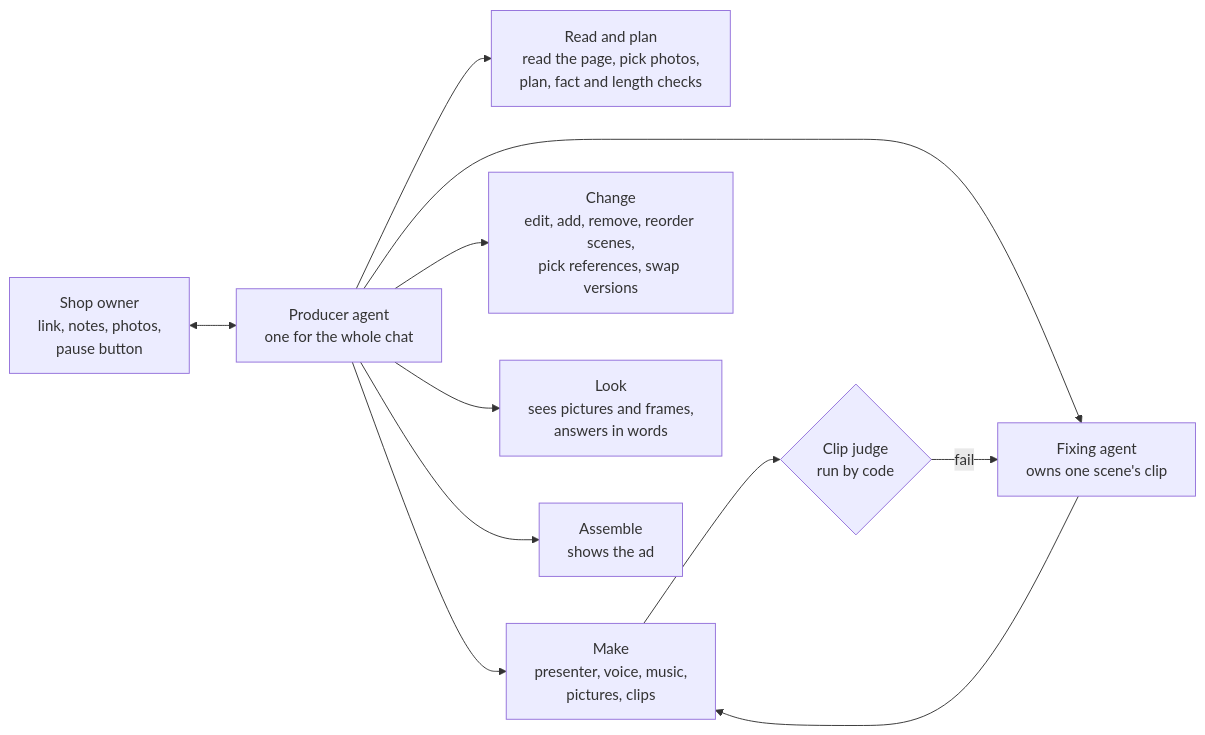
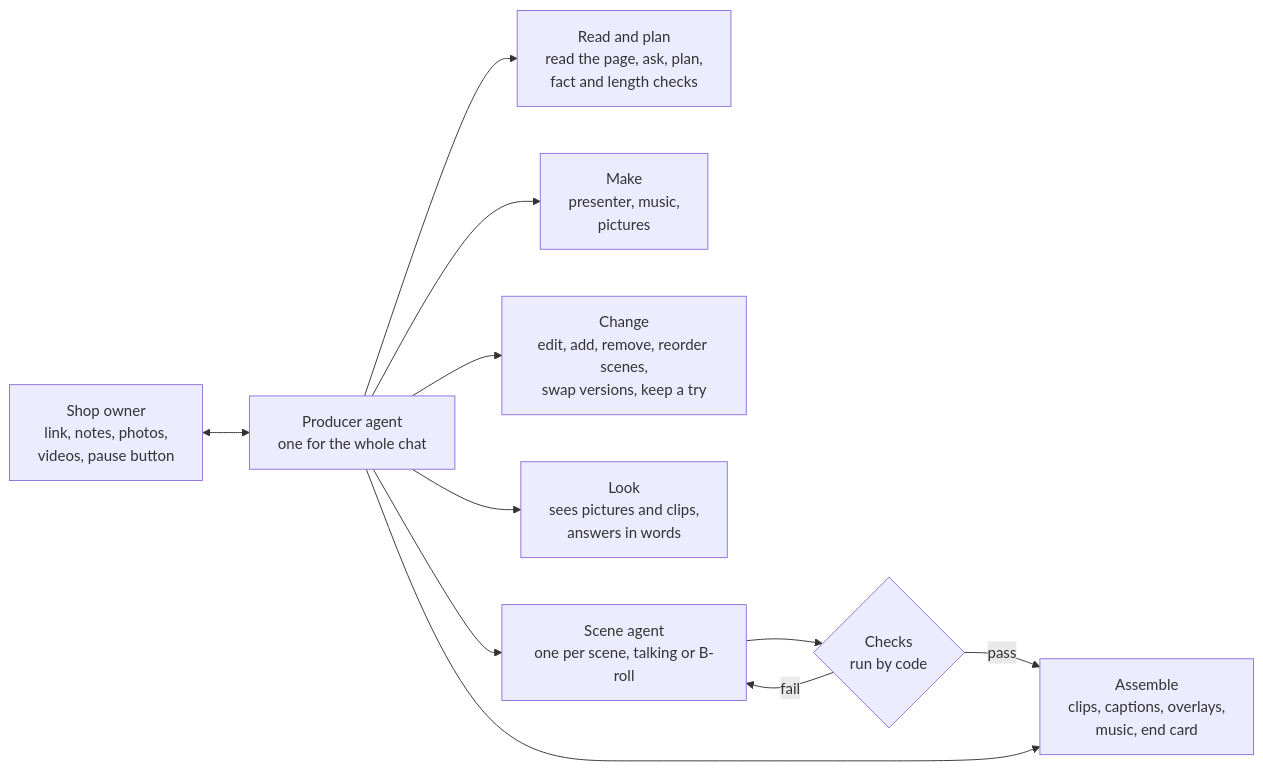
One commit to Julian-Win-Stack/adforge changed the diagram in README.md. Above: the diagram before and after it, drawn with Mermaid. The commit also changed other lines of this file and 1 other file, not shown here.

````diff
--- a/README.md
+++ b/README.md
@@ -15,13 +15,13 @@
 ```mermaid
 flowchart LR
-    O[Shop owner<br/>link, notes, photos,<br/>pause button] <--> P[Producer agent<br/>one for the whole chat]
-    P --> R[Read and plan<br/>read the page, pick photos,<br/>plan, fact and length checks]
-    P --> M[Make<br/>presenter, voice, music,<br/>pictures, clips]
-    P --> E[Change<br/>edit, add, remove, reorder scenes,<br/>pick references, swap versions]
-    P --> L[Look<br/>sees pictures and frames,<br/>answers in words]
-    P --> F[Fixing agent<br/>owns one scene's clip]
-    M --> J{Clip judge<br/>run by code}
-    J -- fail --> F
-    F --> M
-    P --> A[Assemble<br/>shows the ad]
+    O[Shop owner<br/>link, notes, photos,<br/>videos, pause button] <--> P[Producer agent<br/>one for the whole chat]
+    P --> R[Read and plan<br/>read the page, ask, plan,<br/>fact and length checks]
+    P --> M[Make<br/>presenter, music,<br/>pictures]
+    P --> E[Change<br/>edit, add, remove, reorder scenes,<br/>swap versions, keep a try]
+    P --> L[Look<br/>sees pictures and clips,<br/>answers in words]
+    P --> S[Scene agent<br/>one per scene, talking or B-roll]
+    S --> C{Checks<br/>run by code}
+    C -- fail --> S
+    C -- pass --> A[Assemble<br/>clips, captions, overlays,<br/>music, end card]
+    P --> A
 ```
````
